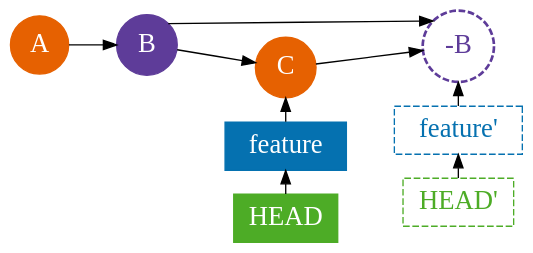
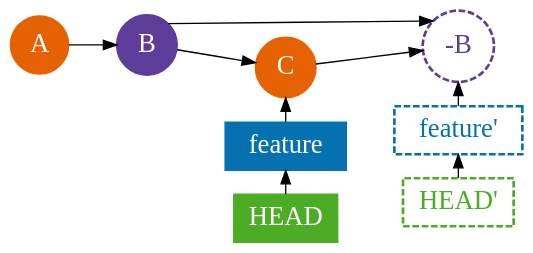
Before and after one commit to nirname/git-report: the ninth of 21 diagrams in docs/index.md, drawn with Graphviz. The commit also changed other lines of this file and 3 other files, not shown here.

````diff
--- a/docs/index.md
+++ b/docs/index.md
@@ -600,56 +608,56 @@
 ```graphviz
 digraph {
   graph[splines=false fontname="Arial" bgcolor="transparent" rankdir=LR]
   node [style="filled" fontcolor="white" fontsize=20]
 
   subgraph nodes {
     node [shape="circle"]
     {
       node [color="#e66101" fillcolor="#e66101"]
       A C
     }
     {
       node [color="#5e3c99" fillcolor="#5e3c99"]
       B
     }
     {
       node [color="#5e3c99" penwidth=2 fontcolor="#5e3c99" fillcolor="#5e3c99" style=dashed]
       "-B"
     }
   }
 
   subgraph labels {
     node [shape="rect"]
     {
       node[color="#4dac26" fillcolor="#4dac26"]
       HEAD
     }
     {
-      node[color="#4dac26" fillcolor="#4dac26" fontcolor="#4dac26" fillcolor="#4dac26" style=dashed]
+      node[color="#4dac26" fillcolor="#4dac26" fontcolor="#4dac26" fillcolor="#4dac26" style=dashed penwidth=2]
       "HEAD'"
     }
     {
       node[color="#0571b0" fillcolor="#0571b0"]
       feature
     }
     {
-      node[color="#0571b0" fillcolor="#0571b0" fontcolor="#0571b0" fillcolor="#0571b0" style=dashed]
+      node[color="#0571b0" fillcolor="#0571b0" fontcolor="#0571b0" fillcolor="#0571b0" style=dashed penwidth=2]
       "feature'"
     }
   }
 
   A -> B -> C -> "-B"
   B:ne -> "-B":nw
 
   {
     rank = same
     C -> feature -> HEAD [dir=back]
   }
 
   {
     rank = same
     "-B" -> "feature'" -> "HEAD'" [dir=back]
   }
 
 }
 ```
````
